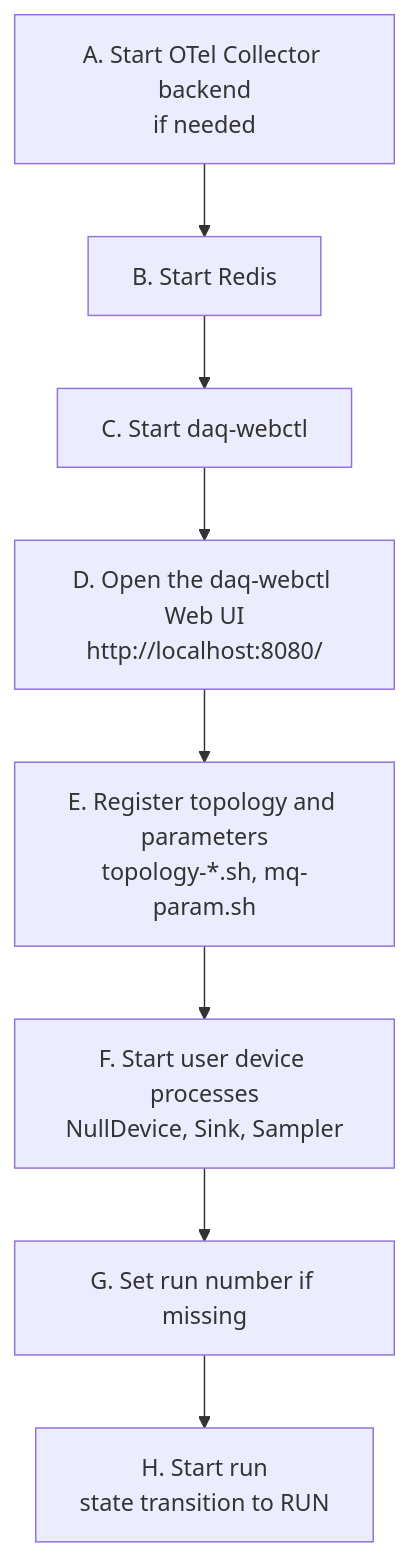
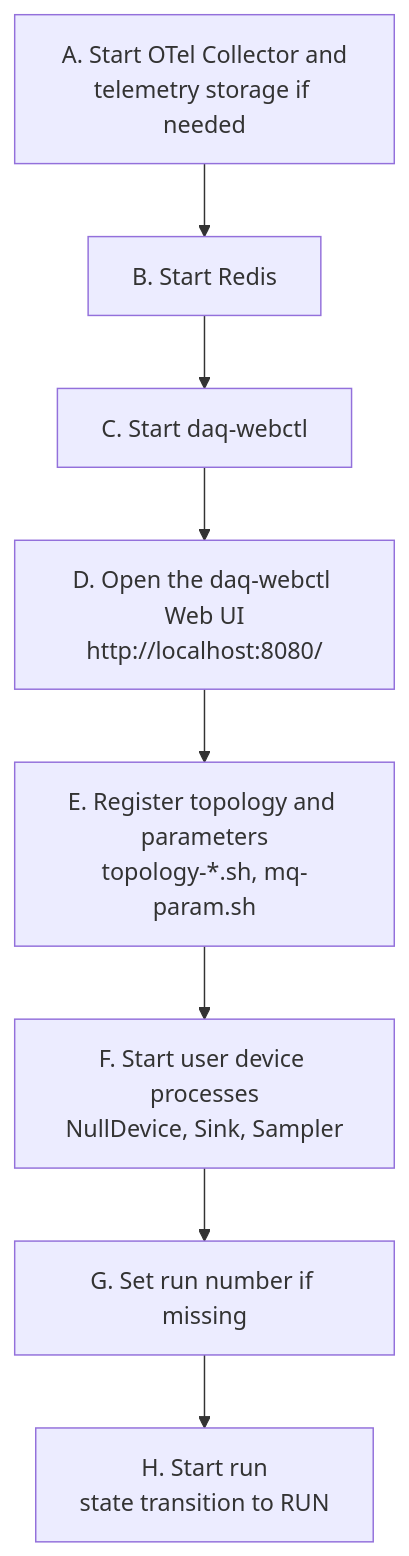
One commit to tntakahashi/nestdaq changed the first of 2 diagrams in examples/README.md. Above: the diagram before and after it, drawn with Mermaid. The commit also changed other lines of this file and 1 other file, not shown here.

First line of the commit message:
docs: replace generic backend wording in examples

````diff
--- a/examples/README.md
+++ b/examples/README.md
@@ -62,14 +62,14 @@
 ```mermaid
 flowchart TD
-  Otel[A. Start OTel Collector backend<br/>if needed]
+  Otel[A. Start OTel Collector and<br/>telemetry storage if needed]
   Redis[B. Start Redis]
   WebCtl[C. Start daq-webctl]
   Browser[D. Open the daq-webctl Web UI<br/>http://localhost:8080/]
   Config[E. Register topology and parameters<br/>topology-*.sh, mq-param.sh]
   UserDevices[F. Start user device processes<br/>NullDevice, Sink, Sampler]
   RunNumber[G. Set run number if missing]
   StartRun[H. Start run<br/>state transition to RUN]
 
   Otel --> Redis --> WebCtl --> Browser --> Config --> UserDevices --> RunNumber
   RunNumber --> StartRun
 ```
````
